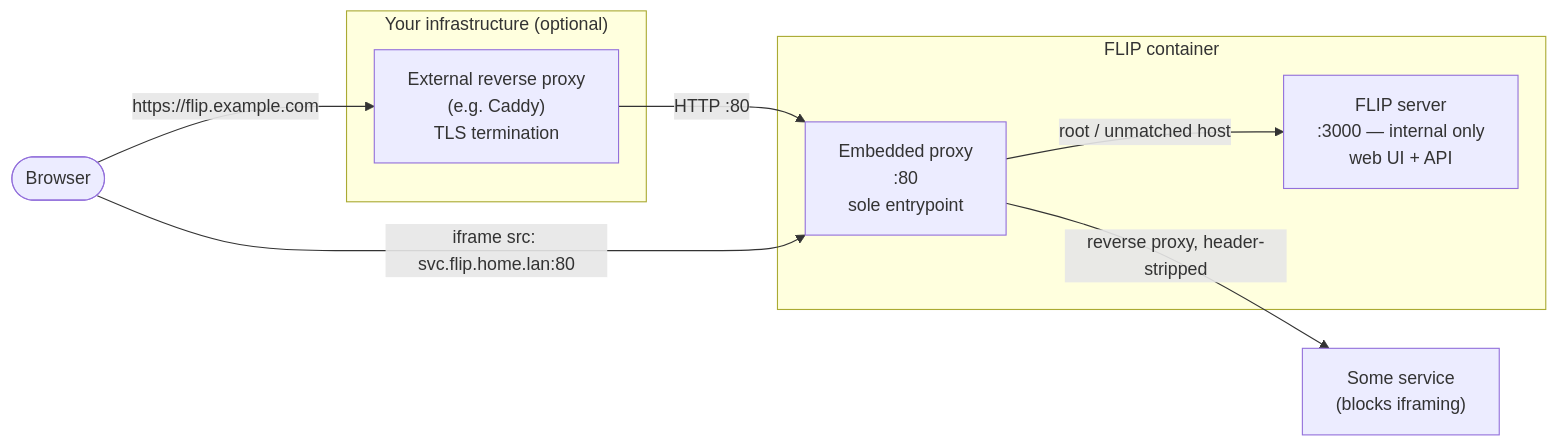
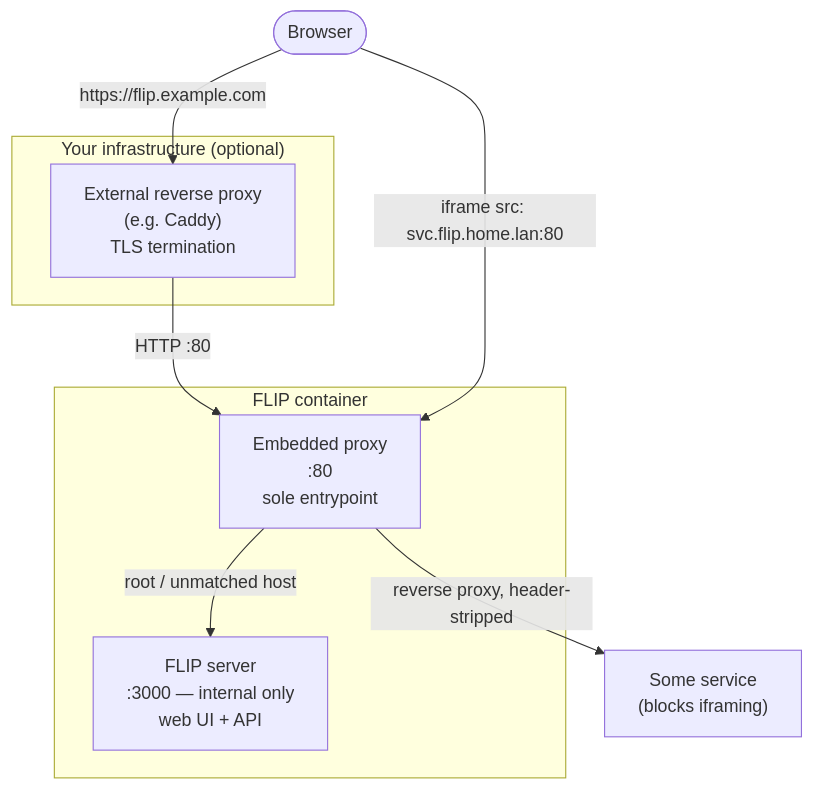
Before and after one commit to damianpokorski/flip: the diagram in README.md, drawn with Mermaid. The commit also changed other lines of this file and 15 other files, not shown here.

````diff
--- a/README.md
+++ b/README.md
@@ -62,21 +60,21 @@
 ```mermaid
-flowchart LR
+flowchart TD
     Browser(["Browser"])
 
     subgraph ext["Your infrastructure (optional)"]
         ExtProxy["External reverse proxy\n(e.g. Caddy)\nTLS termination"]
     end
 
     subgraph flip["FLIP container"]
         EmbProxy["Embedded proxy\n:80\nsole entrypoint"]
         Server["FLIP server\n:3000 — internal only\nweb UI + API"]
         EmbProxy -- "root / unmatched host" --> Server
     end
 
     SvcBlocked["Some service\n(blocks iframing)"]
 
     Browser -- "https://flip.example.com" --> ExtProxy
     ExtProxy -- "HTTP :80" --> EmbProxy
     Browser -- "iframe src: svc.flip.home.lan:80" --> EmbProxy
     EmbProxy -- "reverse proxy, header-stripped" --> SvcBlocked
 ```
````
